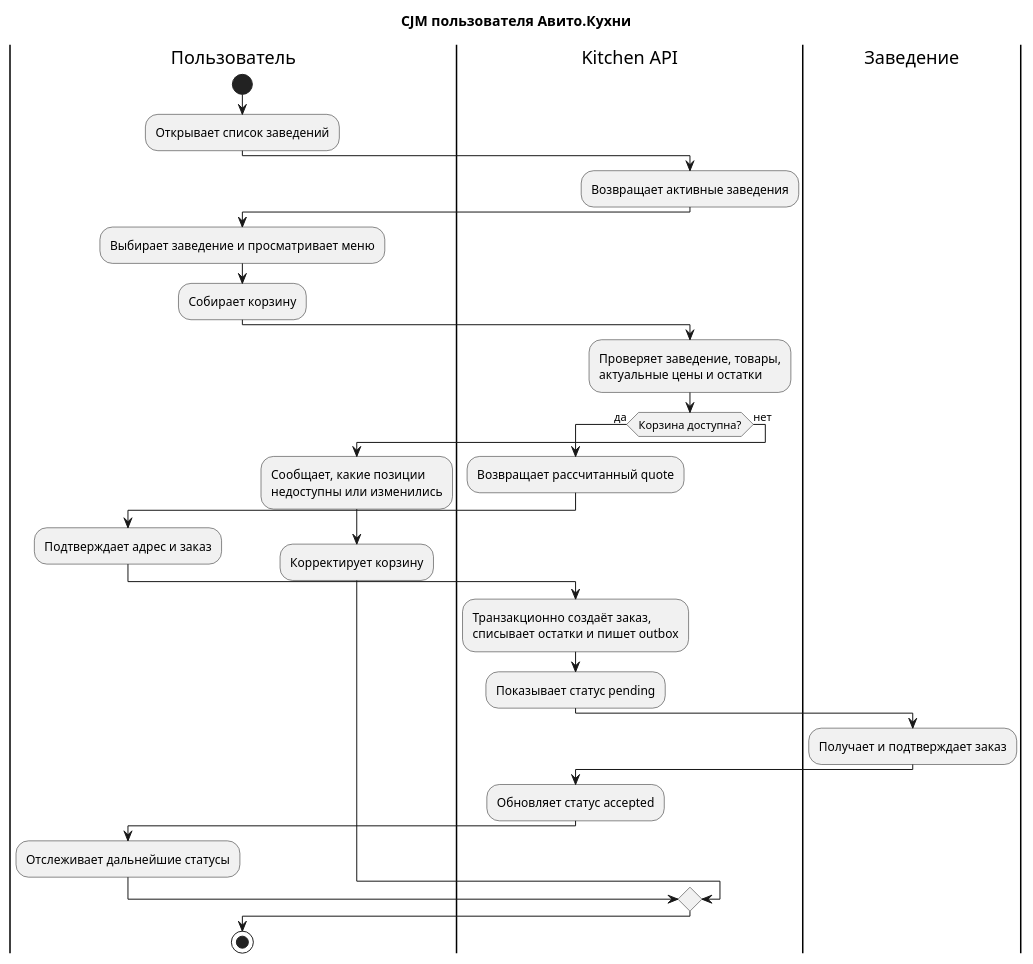
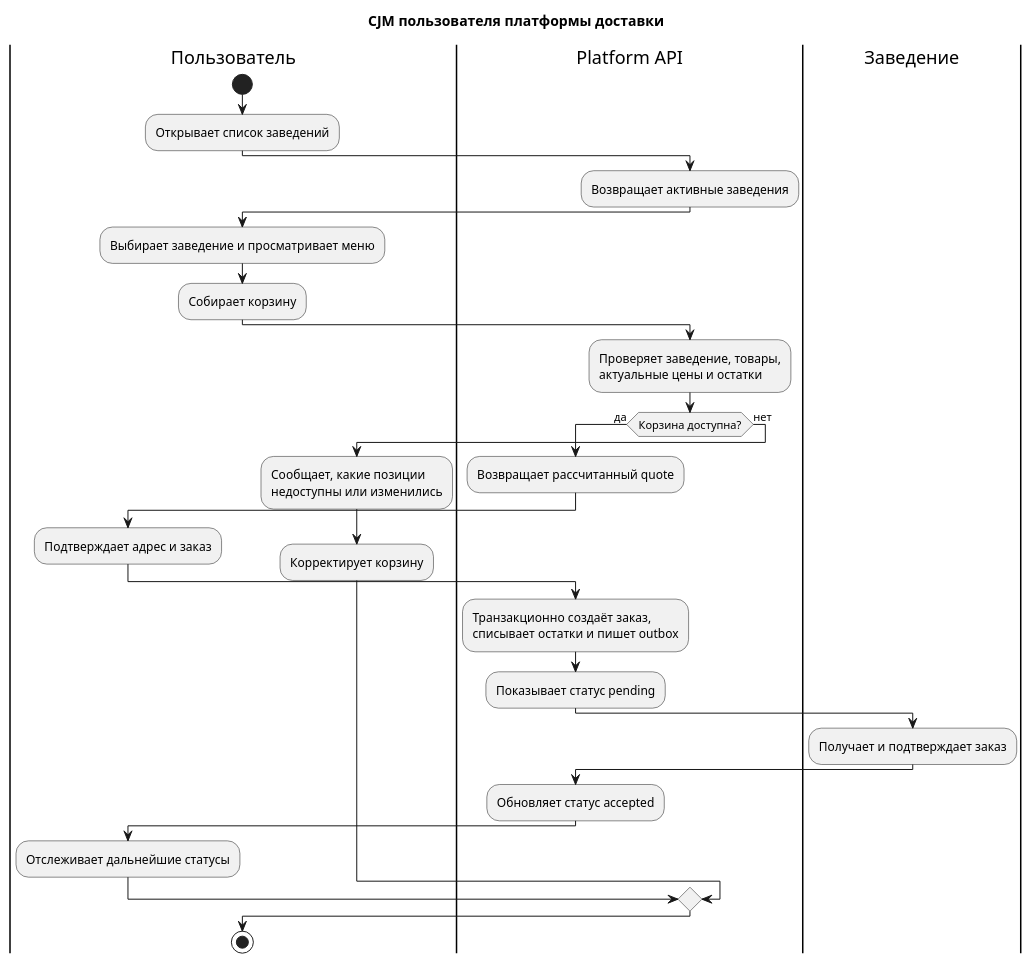
Before and after one commit to leedcee/restaurant-delivery-microservices: the diagram in docs/cjm/customer.puml, drawn with PlantUML. The commit also changed 33 other files, not shown here.

```diff
--- a/docs/cjm/customer.puml
+++ b/docs/cjm/customer.puml
@@ -1,37 +1,37 @@
 @startuml
-title CJM пользователя Авито.Кухни
+title CJM пользователя платформы доставки
 skinparam shadowing false
 
 |Пользователь|
 start
 :Открывает список заведений;
-|Kitchen API|
+|Platform API|
 :Возвращает активные заведения;
 |Пользователь|
 :Выбирает заведение и просматривает меню;
 :Собирает корзину;
-|Kitchen API|
+|Platform API|
 :Проверяет заведение, товары,
 актуальные цены и остатки;
 if (Корзина доступна?) then (да)
   :Возвращает рассчитанный quote;
   |Пользователь|
   :Подтверждает адрес и заказ;
-  |Kitchen API|
+  |Platform API|
   :Транзакционно создаёт заказ,
 списывает остатки и пишет outbox;
   :Показывает статус pending;
   |Заведение|
   :Получает и подтверждает заказ;
-  |Kitchen API|
+  |Platform API|
   :Обновляет статус accepted;
   |Пользователь|
   :Отслеживает дальнейшие статусы;
 else (нет)
   :Сообщает, какие позиции
 недоступны или изменились;
   |Пользователь|
   :Корректирует корзину;
 endif
 stop
 @enduml
```
